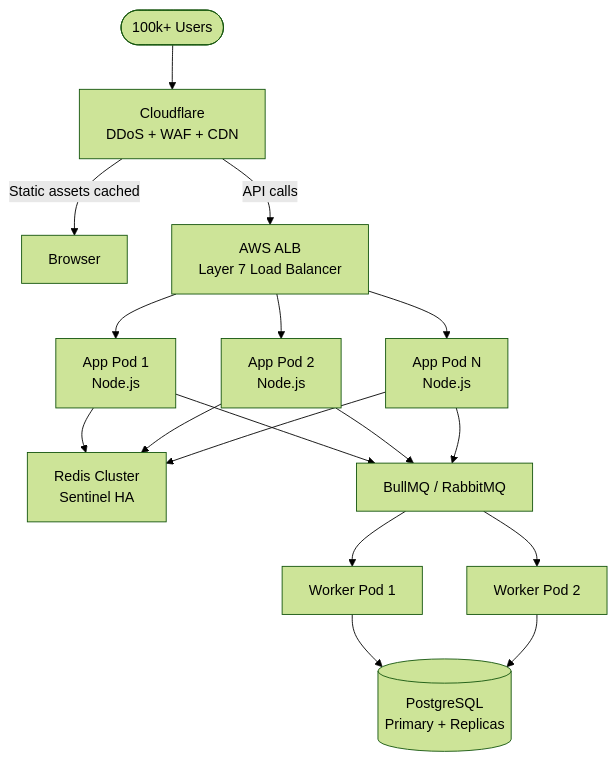
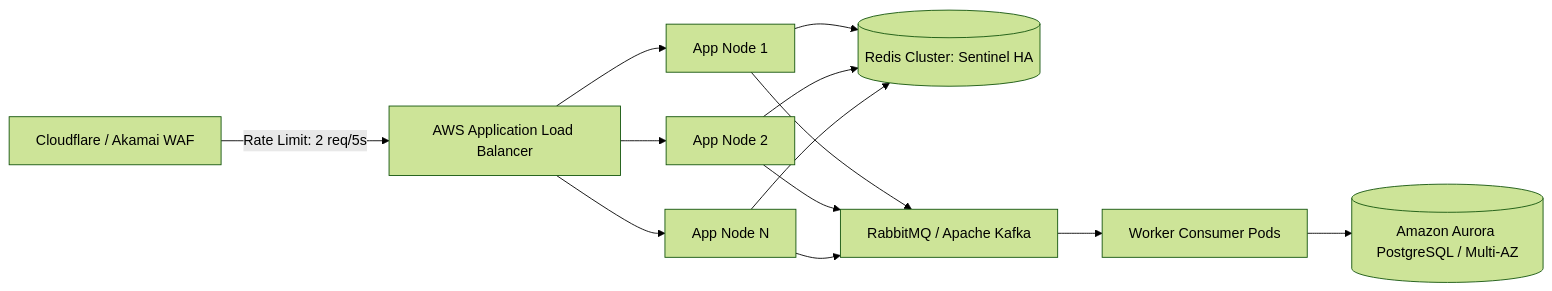
One commit to Aadi140205/flash_sale_system changed the second of 2 diagrams in README.md. Above: the diagram before and after it, drawn with Mermaid (forest theme). The commit also changed other lines of this file, not shown here.

````diff
--- a/README.md
+++ b/README.md
@@ -496,14 +324,12 @@
 ```mermaid
-flowchart TD
-    Users([100k+ Users]) --> CF[Cloudflare\nDDoS + WAF + CDN]
-    CF -->|Static assets cached| Browser
-    CF -->|API calls| ALB[AWS ALB\nLayer 7 Load Balancer]
-    ALB --> App1[App Pod 1\nNode.js]
-    ALB --> App2[App Pod 2\nNode.js]
-    ALB --> App3[App Pod N\nNode.js]
-    App1 & App2 & App3 --> RC[Redis Cluster\nSentinel HA]
-    App1 & App2 & App3 --> MQ[BullMQ / RabbitMQ]
-    MQ --> W1[Worker Pod 1]
-    MQ --> W2[Worker Pod 2]
-    W1 & W2 --> PG[(PostgreSQL\nPrimary + Replicas)]
+flowchart LR
+    Edge[Cloudflare / Akamai WAF] -->|Rate Limit: 2 req/5s| ALB[AWS Application Load Balancer]
+    ALB --> Pod1[App Node 1]
+    ALB --> Pod2[App Node 2]
+    ALB --> PodN[App Node N]
+
+    Pod1 & Pod2 & PodN --> RedisCluster[(Redis Cluster: Sentinel HA)]
+    Pod1 & Pod2 & PodN --> Broker[RabbitMQ / Apache Kafka]
+    Broker --> Workers[Worker Consumer Pods]
+    Workers --> Aurora[(Amazon Aurora PostgreSQL / Multi-AZ)]
 ```
````
